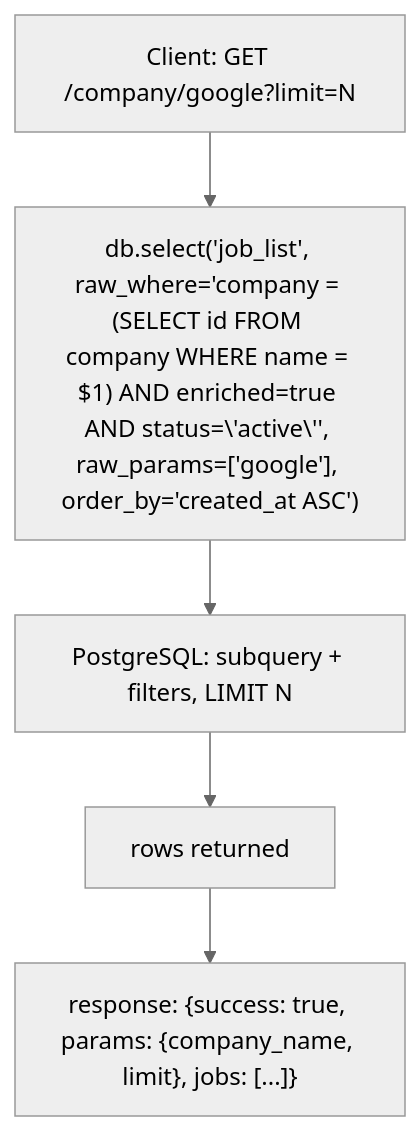
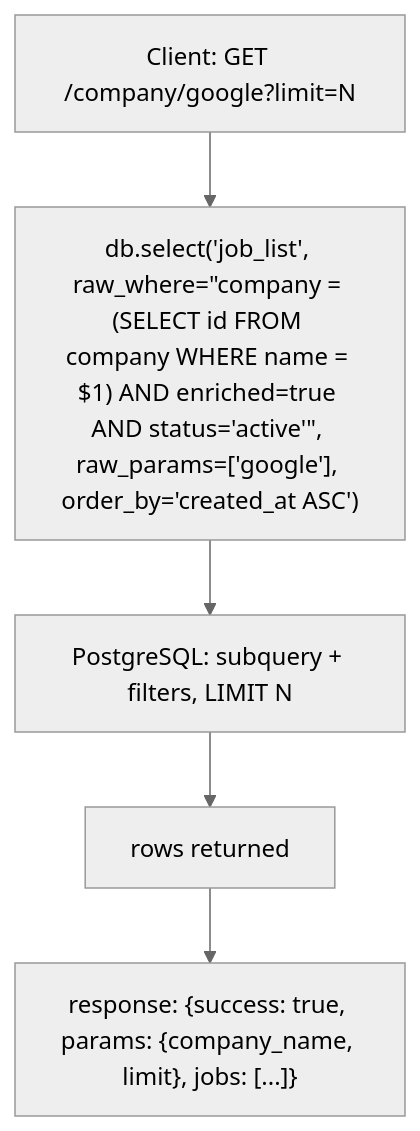
One commit to AustinDwomoh/libra changed the third of 6 diagrams in docs/diagrams/main_api_seq.md. Above: the diagram before and after it, drawn with Mermaid (neutral theme). The commit also changed other lines of this file and 27 other files, not shown here.

````diff
--- a/docs/diagrams/main_api_seq.md
+++ b/docs/diagrams/main_api_seq.md
@@ -21,8 +21,8 @@
 ```mermaid
 %% flowchart — GET /company/{company_name} (jobs by company)
 flowchart TD
-    A["Client: GET /company/google?limit=N"] --> B["db.select('job_list', raw_where='company = (SELECT id FROM company WHERE name = $1) AND enriched=true AND status=\'active\'', raw_params=['google'], order_by='created_at ASC')"]
+    A["Client: GET /company/google?limit=N"] --> B["db.select('job_list', raw_where=#quot;company = (SELECT id FROM company WHERE name = $1) AND enriched=true AND status='active'#quot;, raw_params=['google'], order_by='created_at ASC')"]
     B --> C["PostgreSQL: subquery + filters, LIMIT N"]
     C --> D[rows returned]
     D --> E["response: {success: true, params: {company_name, limit}, jobs: [...]}"]
 ```
````
